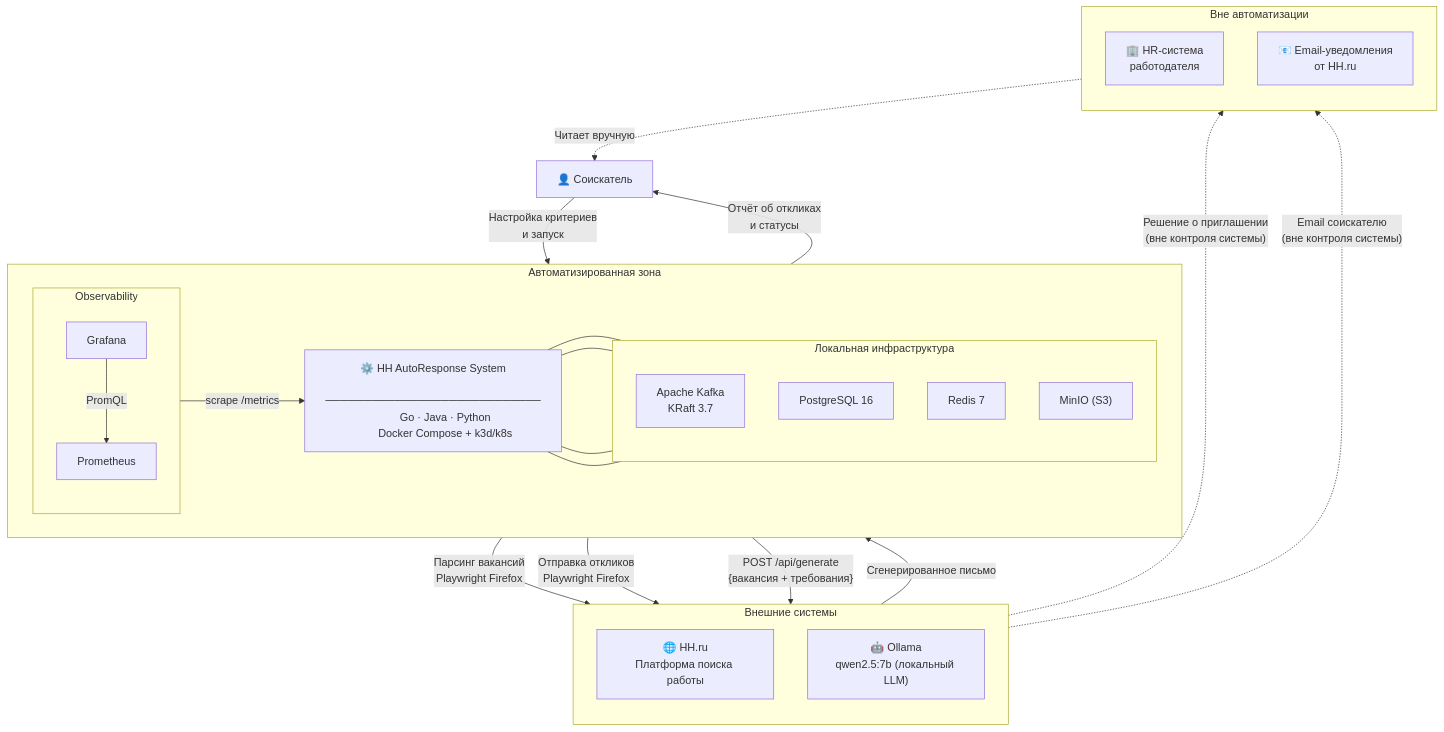
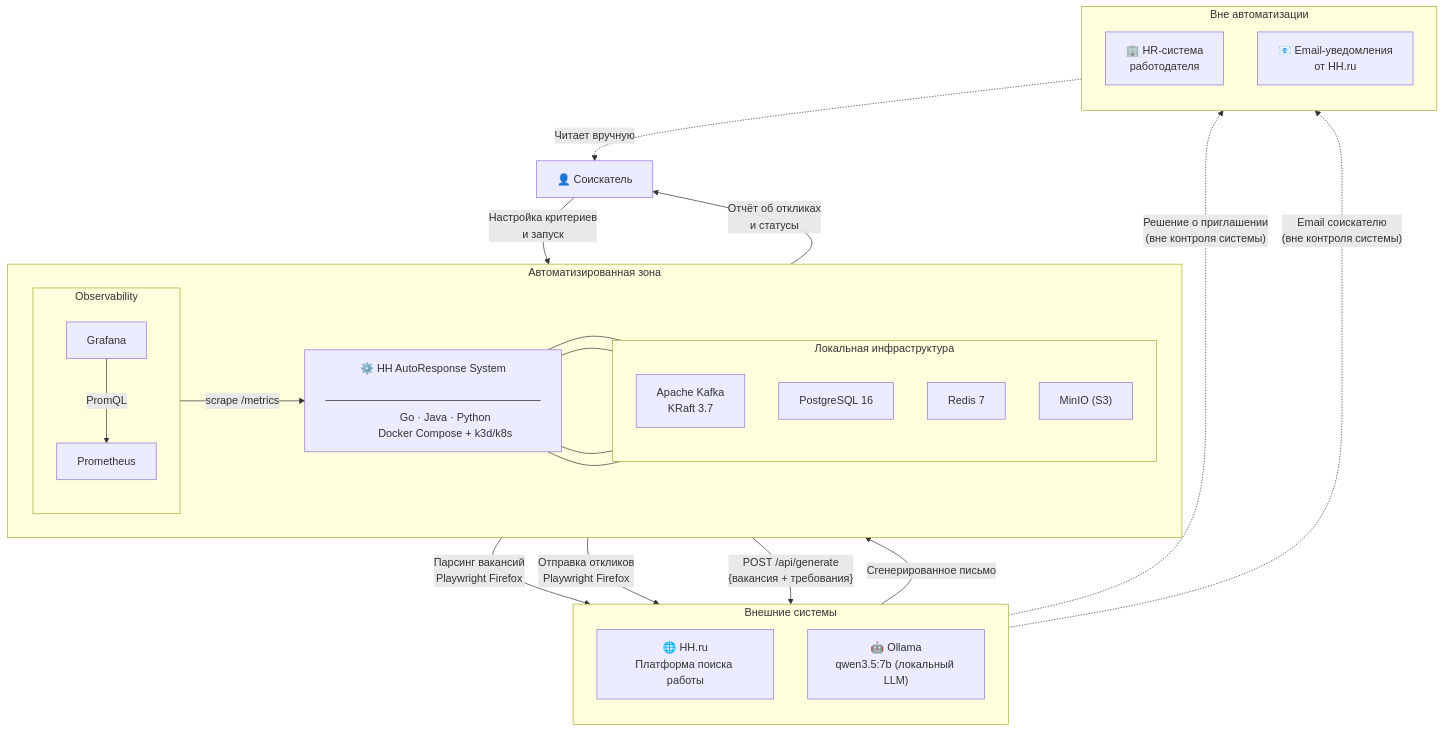
Before and after one commit to ForpoS7/autoresponse_system: the diagram in docs/c4/02_system_landscape.md, drawn with Mermaid. The commit also changed 7 other files, not shown here.

````diff
--- a/docs/c4/02_system_landscape.md
+++ b/docs/c4/02_system_landscape.md
@@ -7,58 +7,58 @@
 ```mermaid
 flowchart TD
     USER["👤 Соискатель"]
 
     subgraph AUTOMATED["Автоматизированная зона"]
         direction LR
         SYS["⚙️ HH AutoResponse System
         ────────────────────────────
         Go · Java · Python
         Docker Compose + k3d/k8s"]
 
         subgraph INFRA["Локальная инфраструктура"]
             direction TB
             KAFKA["Apache Kafka\nKRaft 3.7"]
             PG["PostgreSQL 16"]
             REDIS["Redis 7"]
             MINIO["MinIO (S3)"]
         end
 
         subgraph OBS["Observability"]
             direction TB
             PROM["Prometheus"]
             GRAF["Grafana"]
         end
     end
 
     subgraph EXTERNAL["Внешние системы"]
         direction TB
         HH["🌐 HH.ru\nПлатформа поиска работы"]
-        OLLAMA["🤖 Ollama\nqwen2.5:7b (локальный LLM)"]
+        OLLAMA["🤖 Ollama\nqwen3.5:7b (локальный LLM)"]
     end
 
     subgraph OUT_OF_SCOPE["Вне автоматизации"]
         direction TB
         HR["🏢 HR-система\nработодателя"]
         EMAIL["📧 Email-уведомления\nот HH.ru"]
     end
 
     USER -->|"Настройка критериев\nи запуск"| SYS
     SYS -->|"Отчёт об откликах\nи статусы"| USER
 
     SYS -->|"Парсинг вакансий\nPlaywright Firefox"| HH
     SYS -->|"Отправка откликов\nPlaywright Firefox"| HH
     SYS -->|"POST /api/generate\n{вакансия + требования}"| OLLAMA
     OLLAMA -->|"Сгенерированное письмо"| SYS
 
     SYS --- KAFKA
     SYS --- PG
     SYS --- REDIS
     SYS --- MINIO
 
     PROM -->|"scrape /metrics"| SYS
     GRAF -->|"PromQL"| PROM
 
     HH -.->|"Решение о приглашении\n(вне контроля системы)"| HR
     HH -.->|"Email соискателю\n(вне контроля системы)"| EMAIL
     EMAIL -.->|"Читает вручную"| USER
 ```
````
